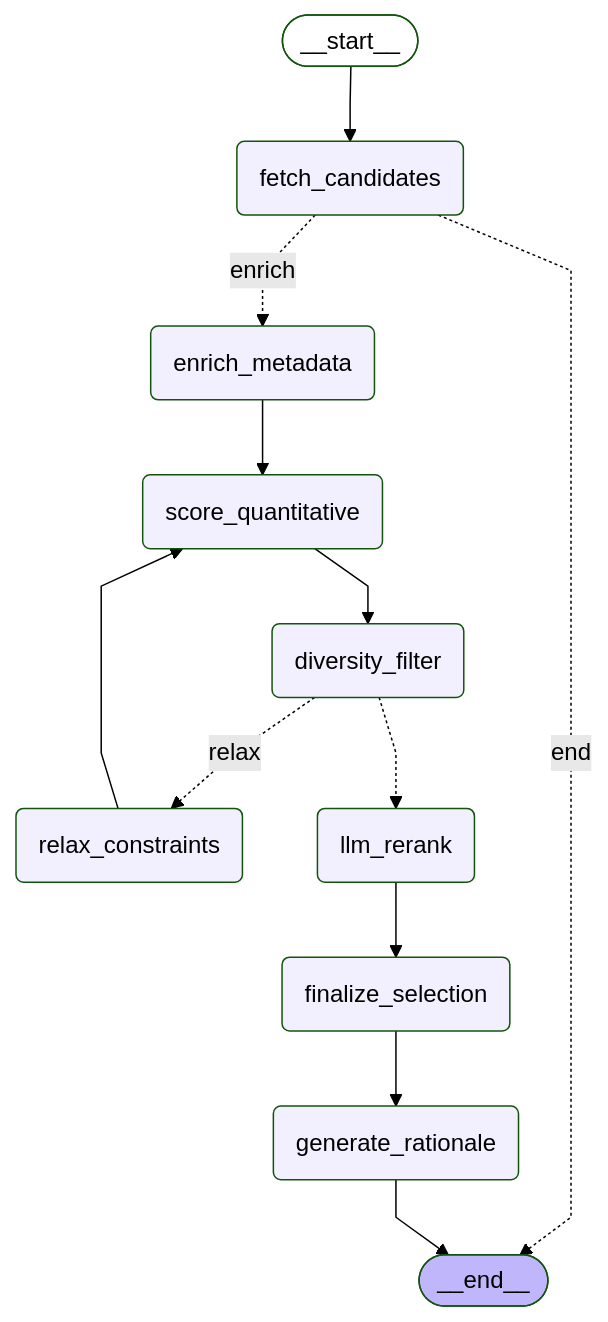
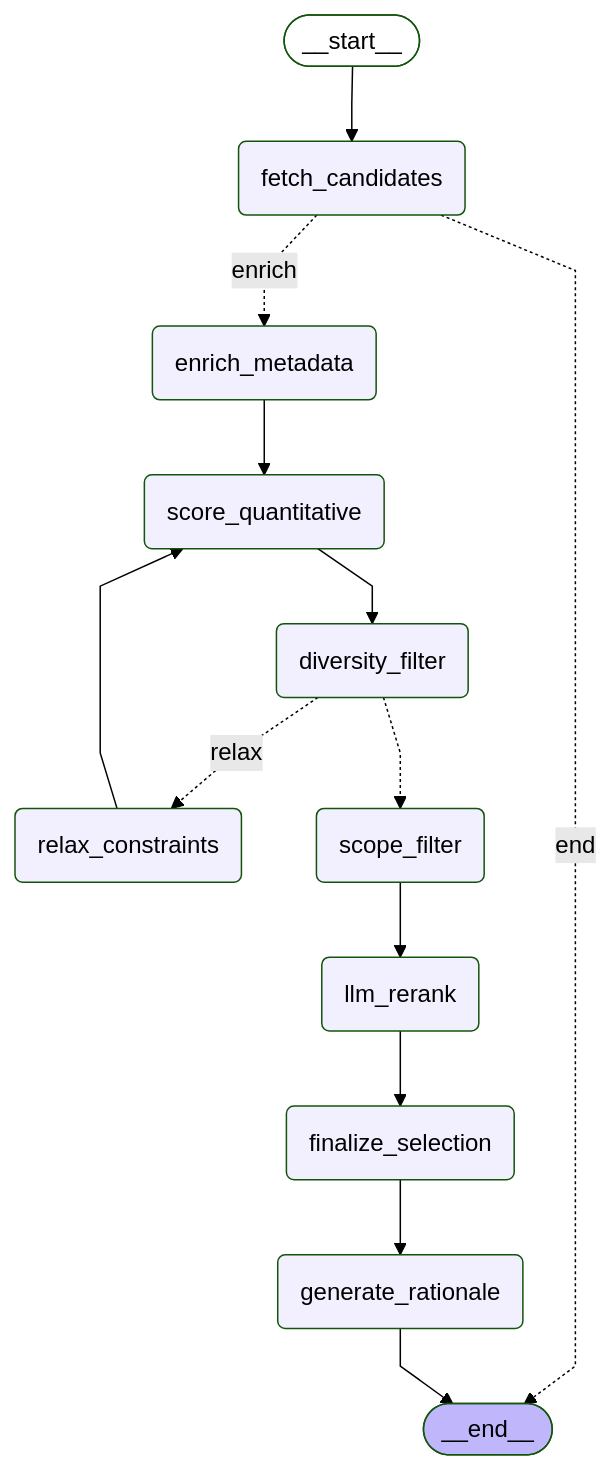
The diagram in docs/VIDEO_SELECTION_AGENT_DESIGN.md (MeDeoDuck/Moabom_Prototype), drawn with Mermaid (forest theme) before and after one commit. The commit also changed other lines of this file and 16 other files, not shown here.

````diff
--- a/docs/VIDEO_SELECTION_AGENT_DESIGN.md
+++ b/docs/VIDEO_SELECTION_AGENT_DESIGN.md
@@ -131,32 +134,34 @@
 ```mermaid
 ---
 config:
   flowchart:
     curve: linear
 ---
 graph TD;
 	__start__([__start__]):::first
 	fetch_candidates(fetch_candidates)
 	enrich_metadata(enrich_metadata)
 	score_quantitative(score_quantitative)
 	diversity_filter(diversity_filter)
 	relax_constraints(relax_constraints)
+	scope_filter(scope_filter)
 	llm_rerank(llm_rerank)
 	finalize_selection(finalize_selection)
 	generate_rationale(generate_rationale)
 	__end__([__end__]):::last
 	__start__ --> fetch_candidates;
 	fetch_candidates -. end .-> __end__;
 	fetch_candidates -. enrich .-> enrich_metadata;
 	enrich_metadata --> score_quantitative;
 	score_quantitative --> diversity_filter;
 	diversity_filter -. relax .-> relax_constraints;
-	diversity_filter -.-> llm_rerank;
+	diversity_filter -.-> scope_filter;
+	scope_filter --> llm_rerank;
 	relax_constraints --> score_quantitative;
 	llm_rerank --> finalize_selection;
 	finalize_selection --> generate_rationale;
 	generate_rationale --> __end__;
 	classDef default fill:#f2f0ff,line-height:1.2
 	classDef first fill-opacity:0
 	classDef last fill:#bfb6fc
 ```
````
